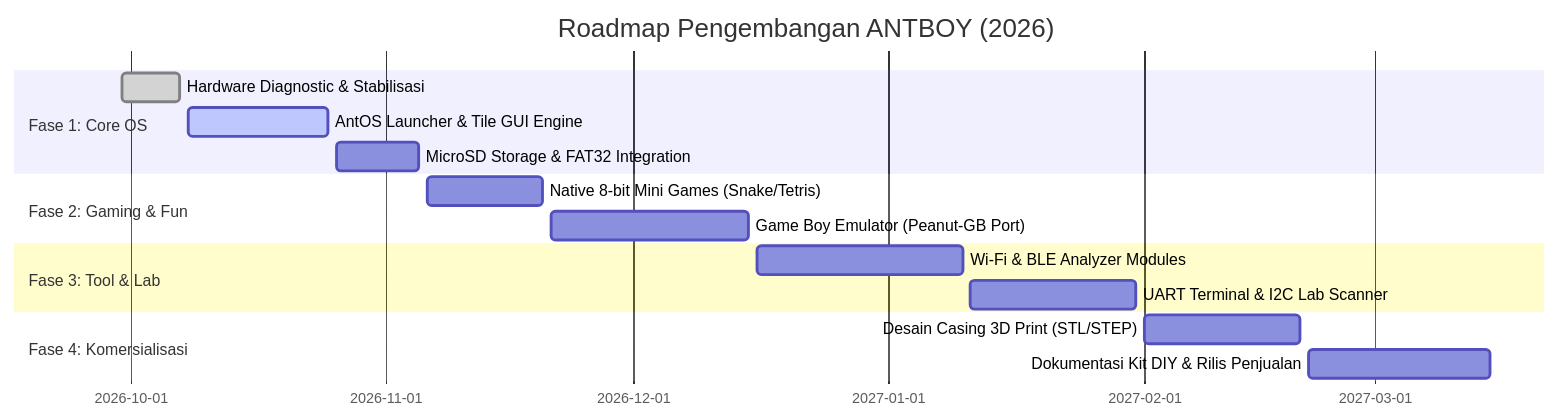
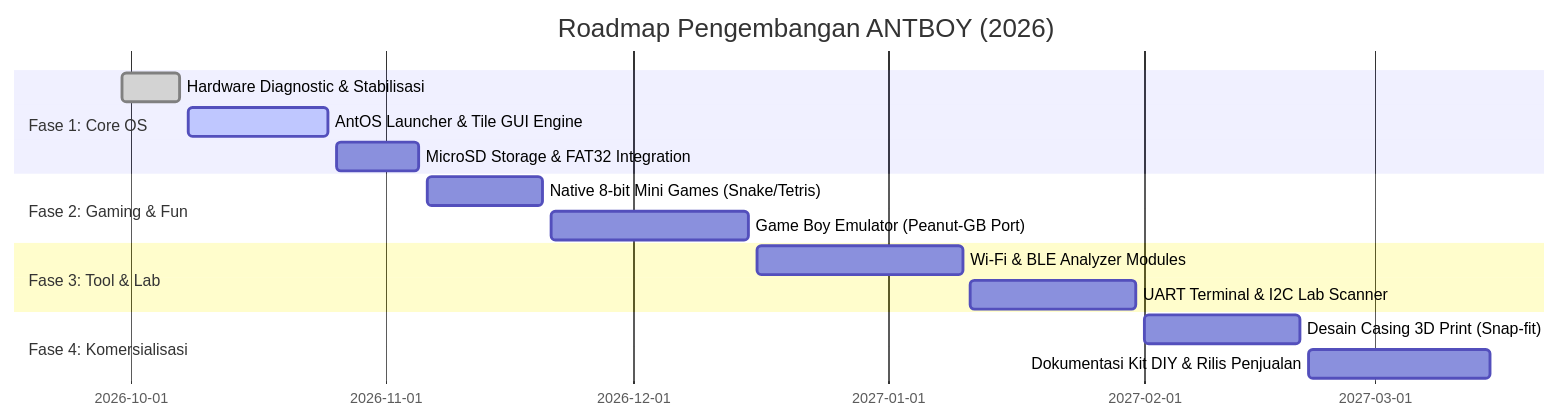
One commit to antonprafanto/antboy changed the diagram in docs/PRD_ANTBOY_2026.md. Above: the diagram before and after it, drawn with Mermaid. The commit also changed other lines of this file, not shown here.

````diff
--- a/docs/PRD_ANTBOY_2026.md
+++ b/docs/PRD_ANTBOY_2026.md
@@ -191,18 +287,18 @@
 ```mermaid
 gantt
     title Roadmap Pengembangan ANTBOY (2026)
     dateFormat  YYYY-MM-DD
     section Fase 1: Core OS
     Hardware Diagnostic & Stabilisasi       :done,    des1, 2026-09-30, 2026-10-07
     AntOS Launcher & Tile GUI Engine        :active,  des2, 2026-10-08, 2026-10-25
     MicroSD Storage & FAT32 Integration    :         des3, 2026-10-26, 2026-11-05
     section Fase 2: Gaming & Fun
     Native 8-bit Mini Games (Snake/Tetris)  :         des4, 2026-11-06, 2026-11-20
     Game Boy Emulator (Peanut-GB Port)      :         des5, 2026-11-21, 2026-12-15
     section Fase 3: Tool & Lab
     Wi-Fi & BLE Analyzer Modules           :         des6, 2026-12-16, 2027-01-10
     UART Terminal & I2C Lab Scanner         :         des7, 2027-01-11, 2027-01-31
     section Fase 4: Komersialisasi
-    Desain Casing 3D Print (STL/STEP)       :         des8, 2027-02-01, 2027-02-20
+    Desain Casing 3D Print (Snap-fit)       :         des8, 2027-02-01, 2027-02-20
     Dokumentasi Kit DIY & Rilis Penjualan   :         des9, 2027-02-21, 2027-03-15
 ```
````
